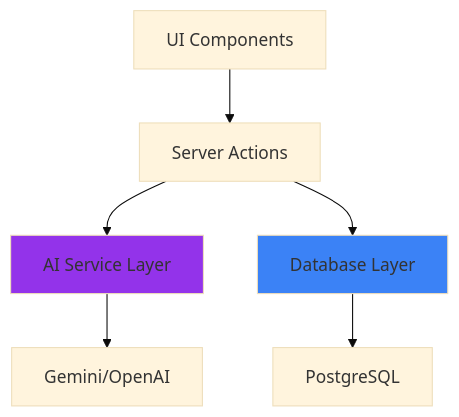
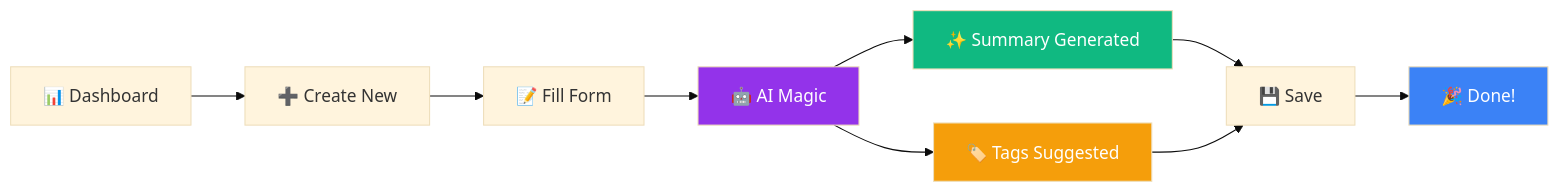
The second of 2 diagrams in README.md (Vamshi-amudala/second-brain), drawn with Mermaid (base theme) before and after one commit. The commit also changed other lines of this file, not shown here.

````diff
--- a/README.md
+++ b/README.md
@@ -420,10 +411,16 @@
 ```mermaid
-graph TD
-    A[UI Components] --> B[Server Actions]
-    B --> C[AI Service Layer]
-    B --> D[Database Layer]
-    C --> E[Gemini/OpenAI]
-    D --> F[PostgreSQL]
-    style C fill:#9333ea
-    style D fill:#3b82f6
+graph LR
+    A[📊 Dashboard] --> B[➕ Create New]
+    B --> C[📝 Fill Form]
+    C --> D[🤖 AI Magic]
+    D --> E[✨ Summary Generated]
+    D --> F[🏷️ Tags Suggested]
+    E --> G[💾 Save]
+    F --> G
+    G --> H[🎉 Done!]
+    
+    style D fill:#9333ea,color:#fff
+    style E fill:#10b981,color:#fff
+    style F fill:#f59e0b,color:#fff
+    style H fill:#3b82f6,color:#fff
 ```
````
